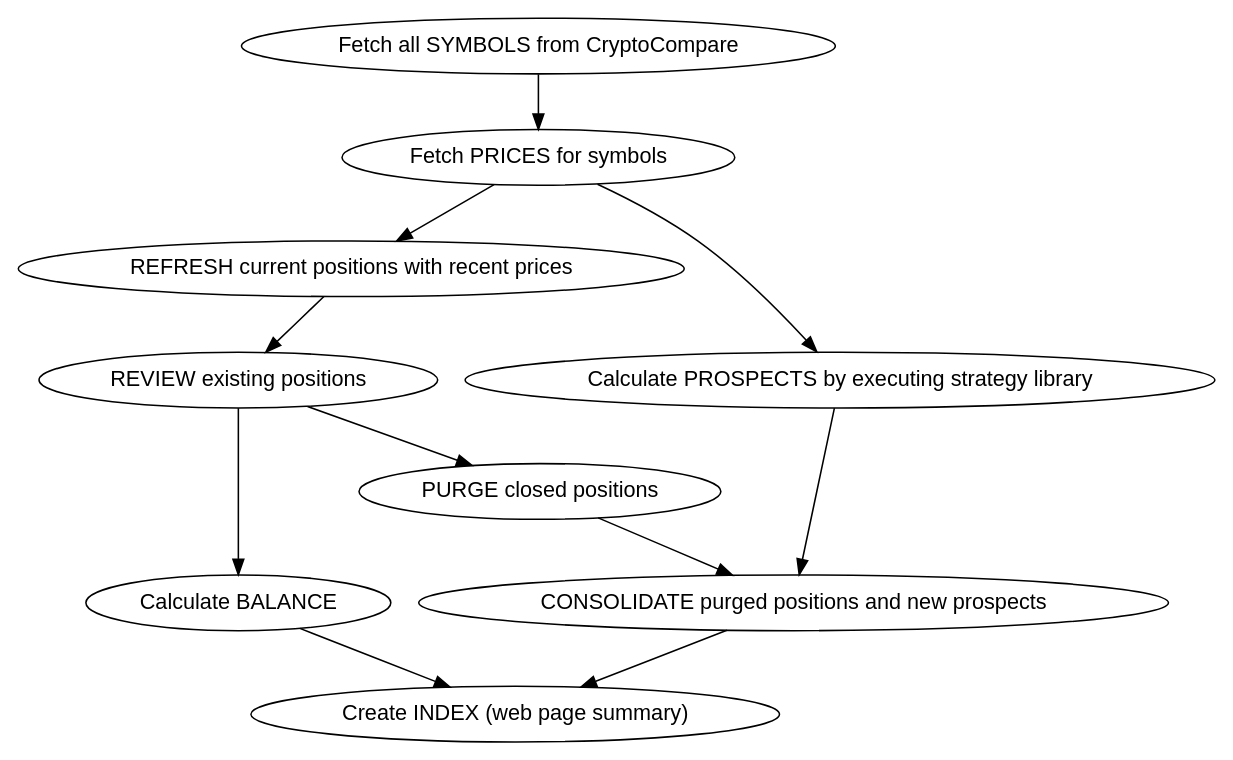
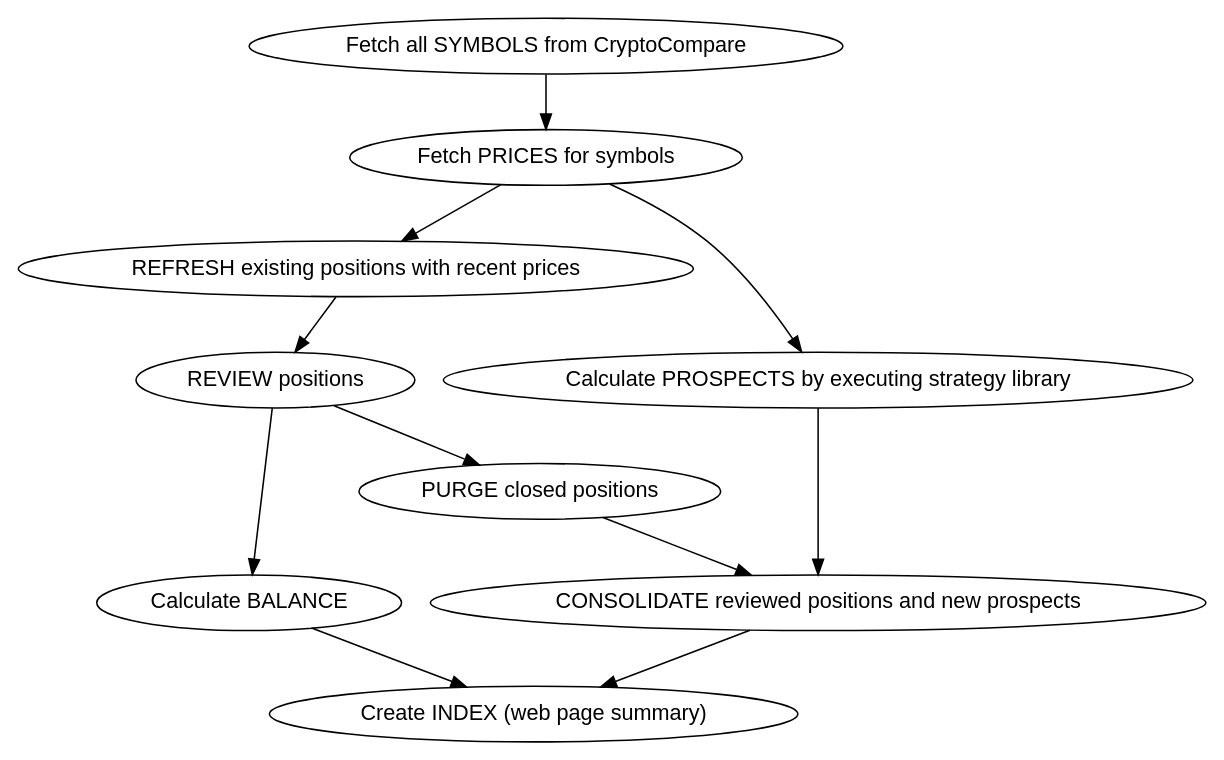
One commit to deanturpin/handt changed the diagram in doc/handt.dot. Above: the diagram before and after it, drawn with Graphviz. The commit also changed 2 other files, not shown here.

```diff
--- a/doc/handt.dot
+++ b/doc/handt.dot
@@ -1,30 +1,31 @@
 digraph {
 
   node [fontname=Helvetica]
 
-  review [label="REVIEW existing positions"]
+  review [label="REVIEW positions"]
   purge [label="PURGE closed positions"]
-  consolidate [label="CONSOLIDATE purged positions and new prospects"]
+  consolidate [label="CONSOLIDATE reviewed positions and new prospects"]
   balance [label="Calculate BALANCE"]
   index [label="Create INDEX (web page summary)"]
+  refresh [label= "REFRESH existing positions with recent prices"]
 
   "Fetch all SYMBOLS from CryptoCompare"
     -> "Fetch PRICES for symbols"
-    -> "REFRESH current positions with recent prices"
+    -> refresh
     -> review
 
   "Fetch PRICES for symbols"
     -> "Calculate PROSPECTS by executing strategy library"
     -> consolidate
 
   // Consolidate takes review and new
   review
     -> purge
     -> consolidate
     -> index
 
   // Balance calculation
   review
     -> balance
     -> index
 }
```
